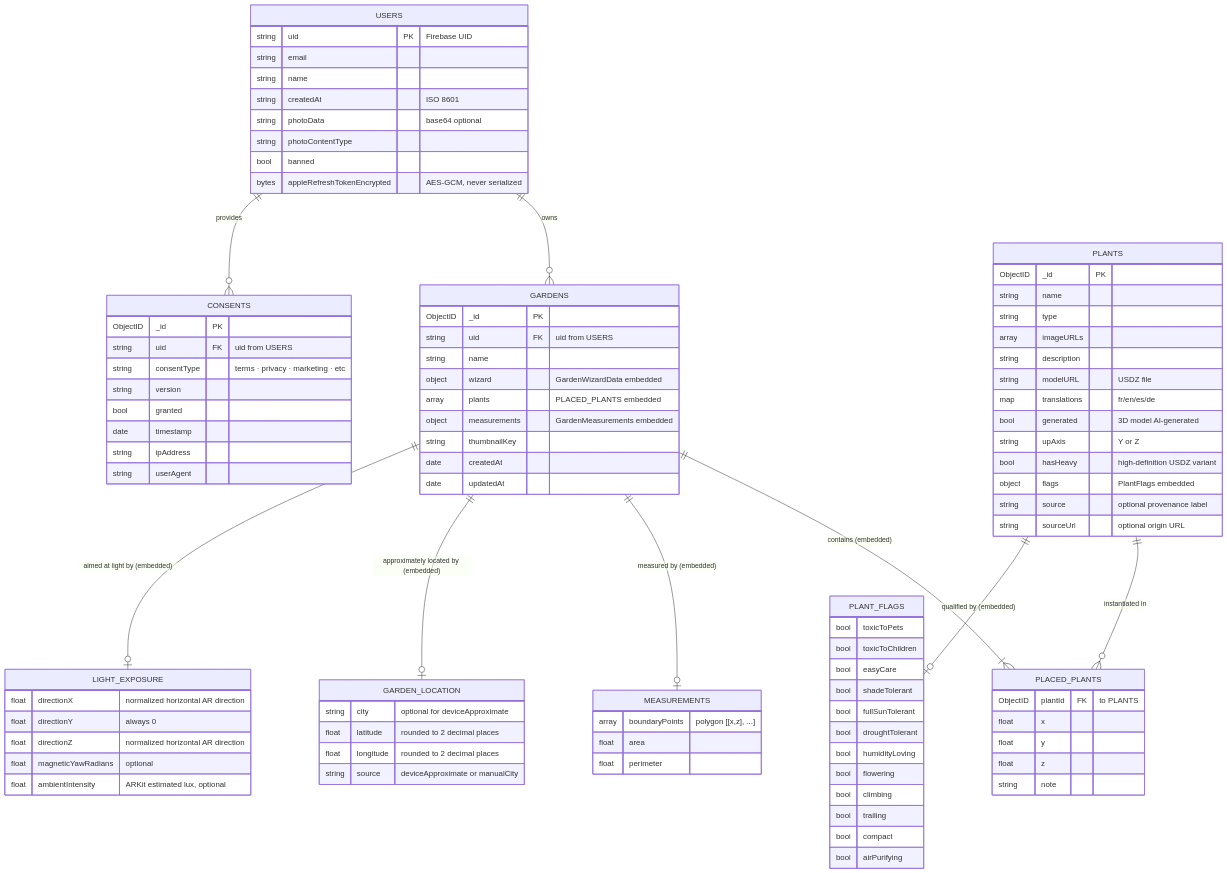
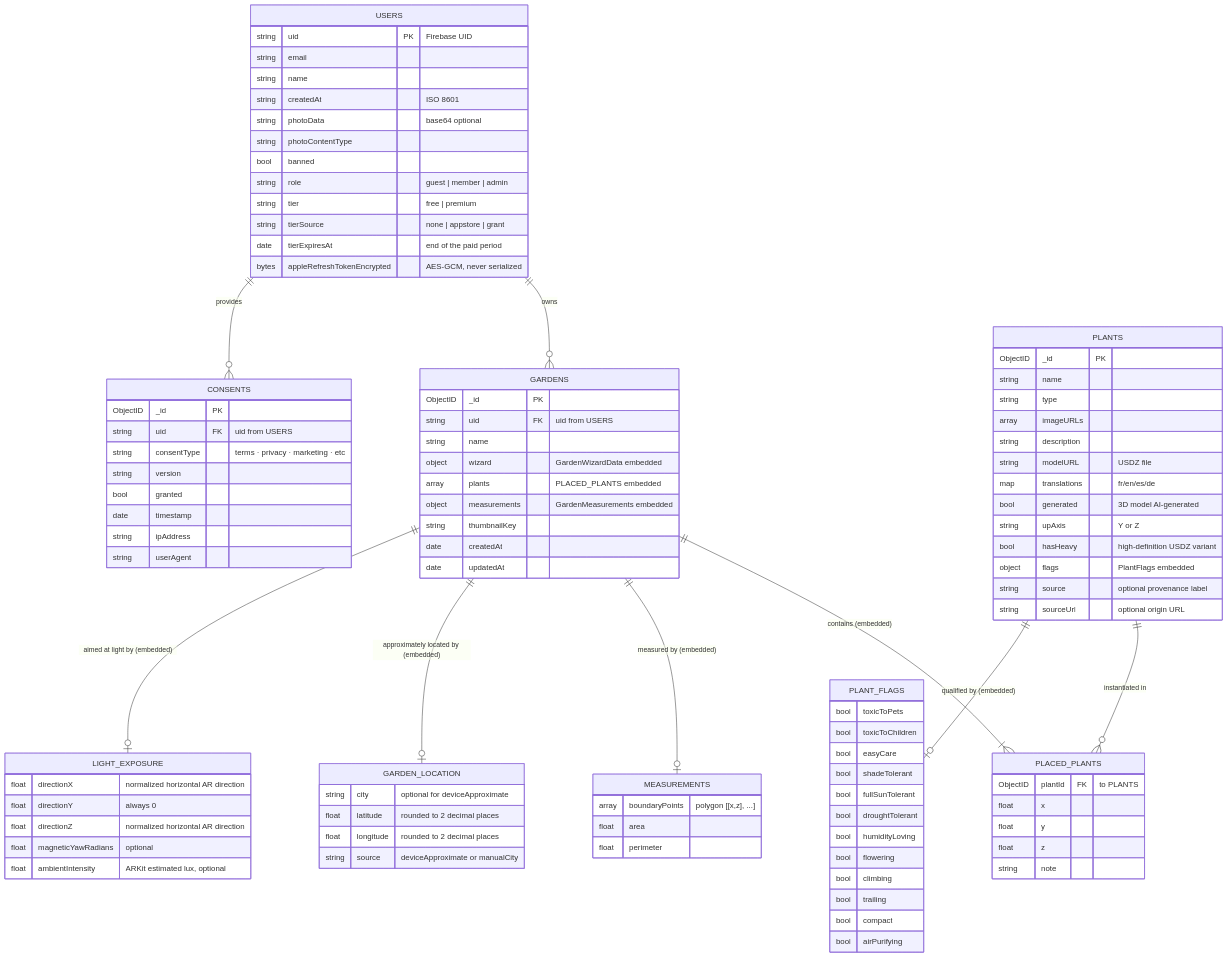
One commit to ArboreTeam/Arbore changed the diagram in docs/en/architecture/04-data-model.md. Above: the diagram before and after it, drawn with Mermaid. The commit also changed other lines of this file and 3 other files, not shown here.

First line of the commit message:
docs: résorber le drift entre la doc d'architecture et l'état du backend

```diff
--- a/docs/en/architecture/04-data-model.md
+++ b/docs/en/architecture/04-data-model.md
@@ -27,6 +27,10 @@
         string photoData "base64 optional"
         string photoContentType
         bool   banned
+        string role "guest | member | admin"
+        string tier "free | premium"
+        string tierSource "none | appstore | grant"
+        date   tierExpiresAt "end of the paid period"
         bytes  appleRefreshTokenEncrypted "AES-GCM, never serialized"
     }
 
```
